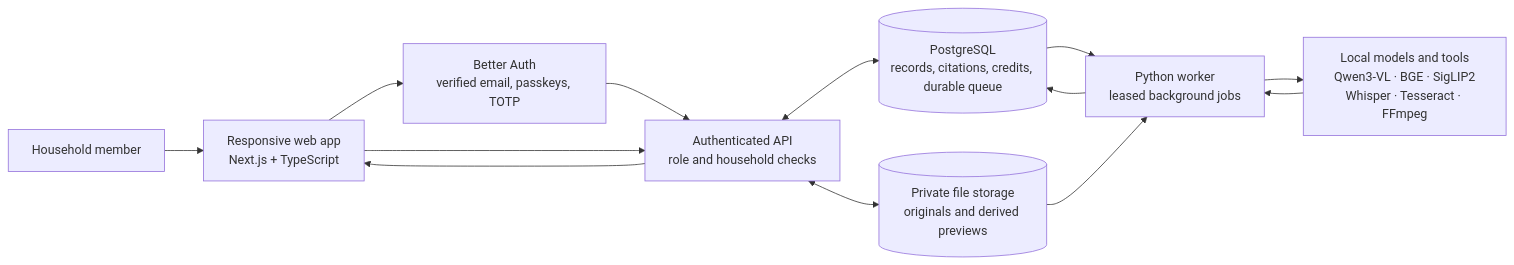
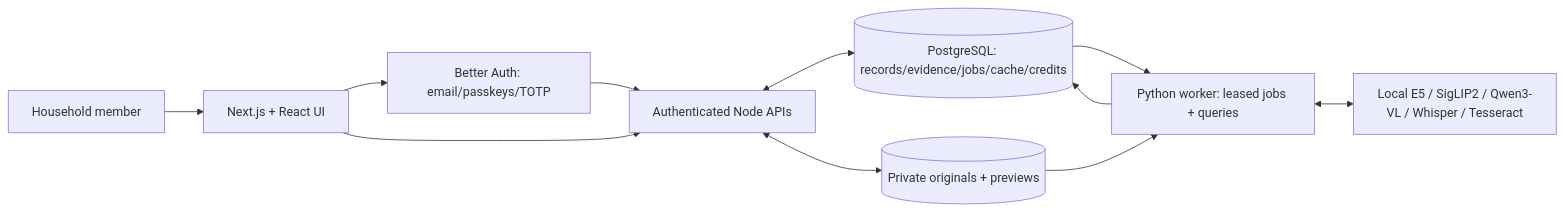
Before and after one commit to RahulAdyaa/HomeAtlas: the first of 4 diagrams in README.md, drawn with Mermaid. The commit also changed other lines of this file and 1 other file, not shown here.

````diff
--- a/README.md
+++ b/README.md
@@ -48,15 +74,13 @@
 ```mermaid
 flowchart LR
-    Person[Household member] --> Browser[Responsive web app<br/>Next.js + TypeScript]
-    Browser --> Auth[Better Auth<br/>verified email, passkeys, TOTP]
-    Browser --> API[Authenticated API<br/>role and household checks]
+    Member[Household member] --> Web[Next.js + React UI]
+    Web --> Auth[Better Auth: email/passkeys/TOTP]
+    Web --> API[Authenticated Node APIs]
     Auth --> API
-    API <--> DB[(PostgreSQL<br/>records, citations, credits, durable queue)]
-    API <--> Files[(Private file storage<br/>originals and derived previews)]
-    DB --> Worker[Python worker<br/>leased background jobs]
+    API <--> DB[(PostgreSQL: records/evidence/jobs/cache/credits)]
+    API <--> Files[(Private originals + previews)]
+    DB --> Worker[Python worker: leased jobs + queries]
     Files --> Worker
-    Worker --> Models[Local models and tools<br/>Qwen3-VL · BGE · SigLIP2<br/>Whisper · Tesseract · FFmpeg]
-    Models --> Worker
+    Worker <--> Models[Local E5 / SigLIP2 / Qwen3-VL / Whisper / Tesseract]
     Worker --> DB
-    API --> Browser
 ```
````
